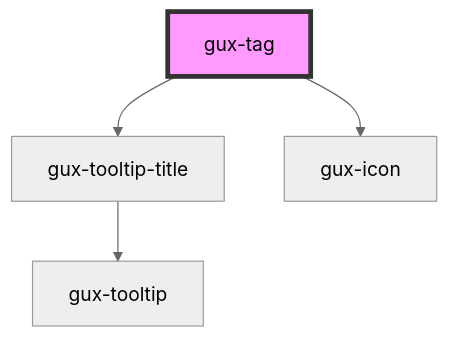
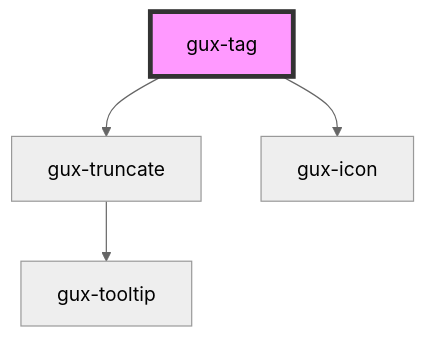
The diagram in packages/genesys-spark-components/src/components/stable/gux-tag/readme.md (MyPureCloud/genesys-spark), drawn with Mermaid (neutral theme) before and after one commit. The commit also changed other lines of this file and 4 other files, not shown here.

Commit message:
fix(tag): replacing gux-tooltip-title with gux-truncate

````diff
--- a/packages/genesys-spark-components/src/components/stable/gux-tag/readme.md
+++ b/packages/genesys-spark-components/src/components/stable/gux-tag/readme.md
@@ -39,7 +39,7 @@
 ```mermaid
 graph TD;
-  gux-tag --> gux-tooltip-title
+  gux-tag --> gux-truncate
   gux-tag --> gux-icon
-  gux-tooltip-title --> gux-tooltip
+  gux-truncate --> gux-tooltip
   style gux-tag fill:#f9f,stroke:#333,stroke-width:4px
 ```
````
